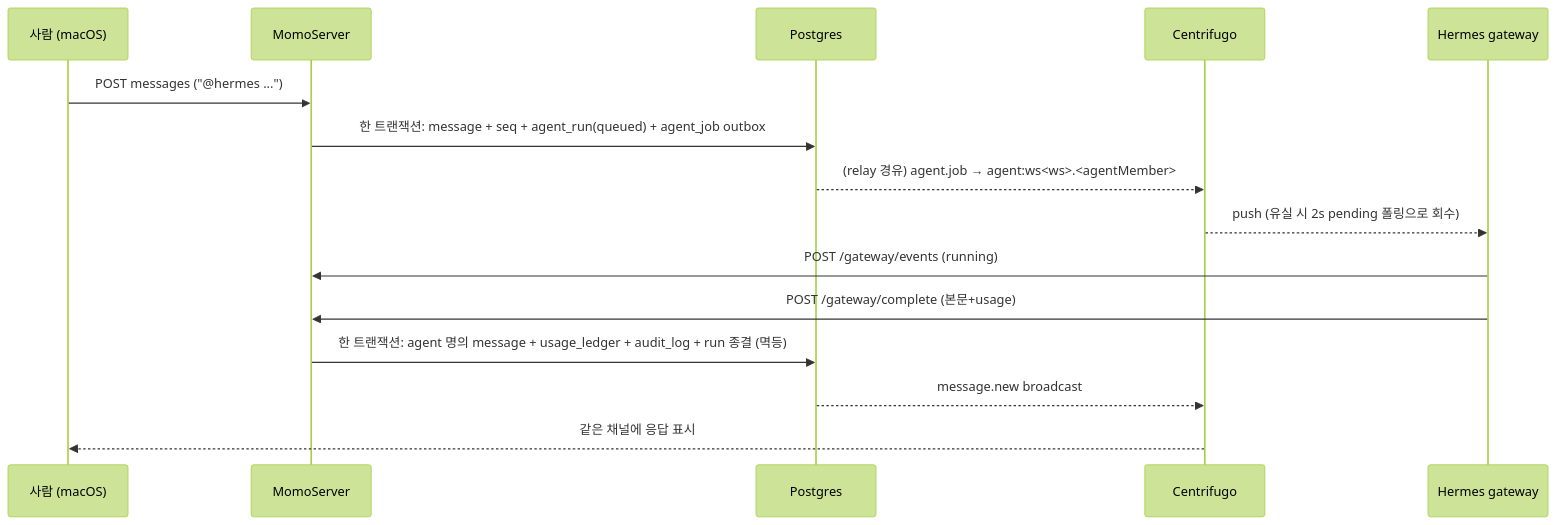
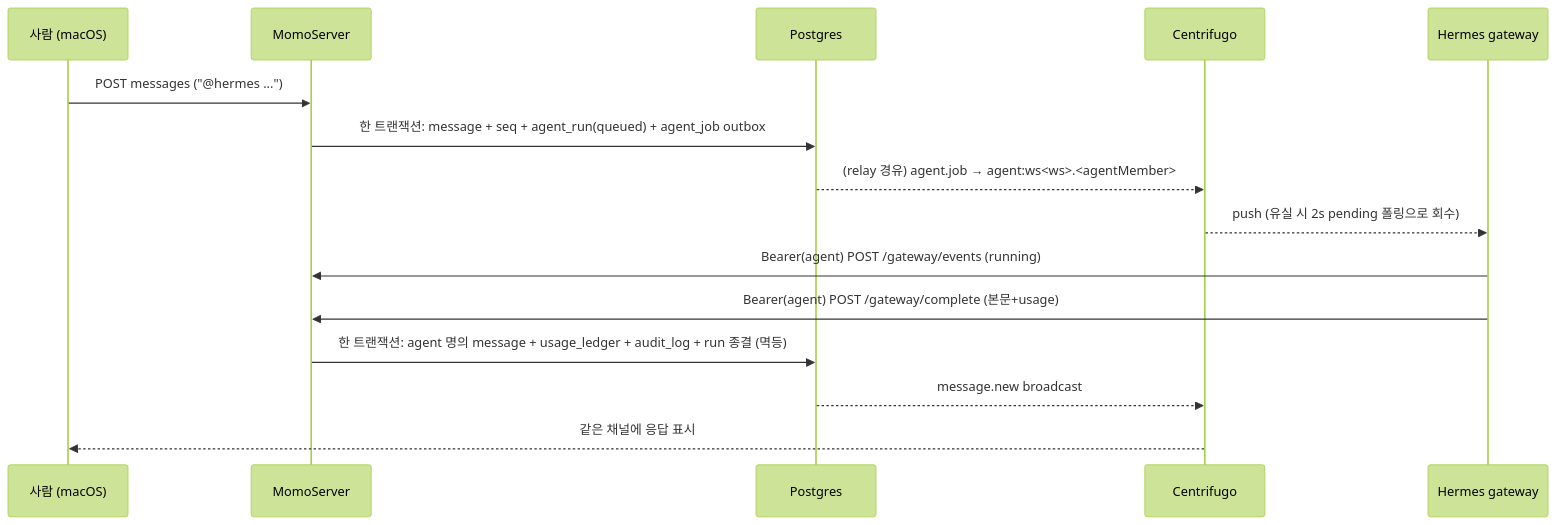
The second of 3 diagrams in docs/architecture/overview.md (yeomyeonggeori/oort), drawn with Mermaid (forest theme) before and after one commit. The commit also changed other lines of this file and 19 other files, not shown here.

Commit message:
feat(server): agent bearer 인증 경로 구현 (#307)

````diff
--- a/docs/architecture/overview.md
+++ b/docs/architecture/overview.md
@@ -46,18 +46,18 @@
 ```mermaid
 sequenceDiagram
     participant U as 사람 (macOS)
     participant S as MomoServer
     participant P as Postgres
     participant C as Centrifugo
     participant H as Hermes gateway
 
     U->>S: POST messages ("@hermes ...")
     S->>P: 한 트랜잭션: message + seq + agent_run(queued) + agent_job outbox
     P-->>C: (relay 경유) agent.job → agent:ws<ws>.<agentMember>
     C-->>H: push (유실 시 2s pending 폴링으로 회수)
-    H->>S: POST /gateway/events (running)
-    H->>S: POST /gateway/complete (본문+usage)
+    H->>S: Bearer(agent) POST /gateway/events (running)
+    H->>S: Bearer(agent) POST /gateway/complete (본문+usage)
     S->>P: 한 트랜잭션: agent 명의 message + usage_ledger + audit_log + run 종결 (멱등)
     P-->>C: message.new broadcast
     C-->>U: 같은 채널에 응답 표시
 ```
````
